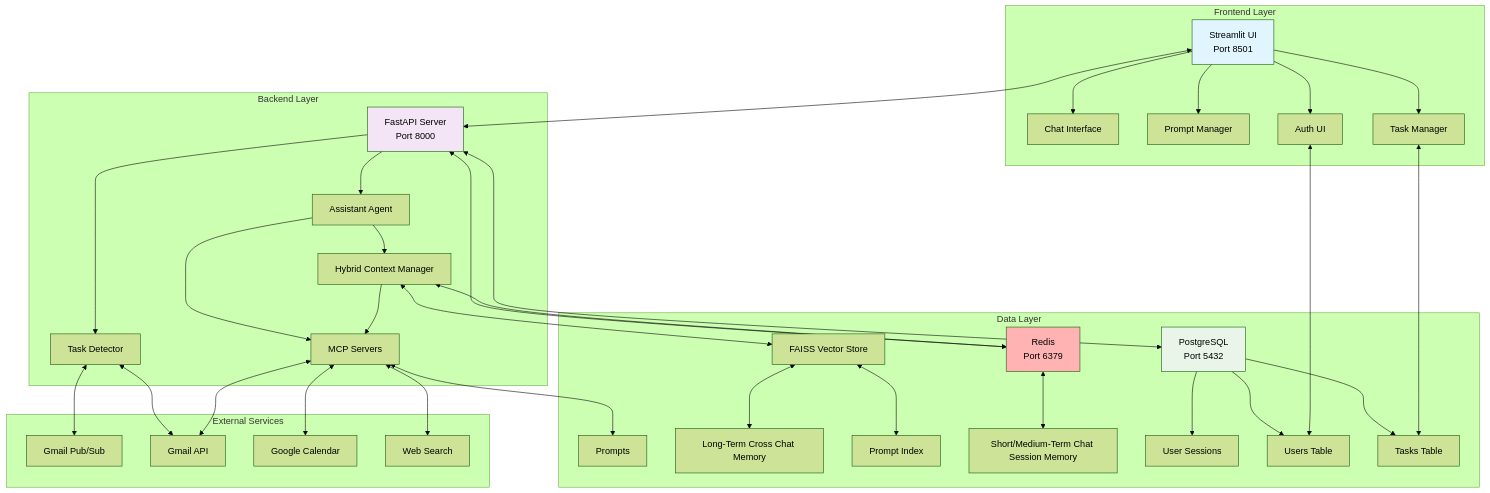
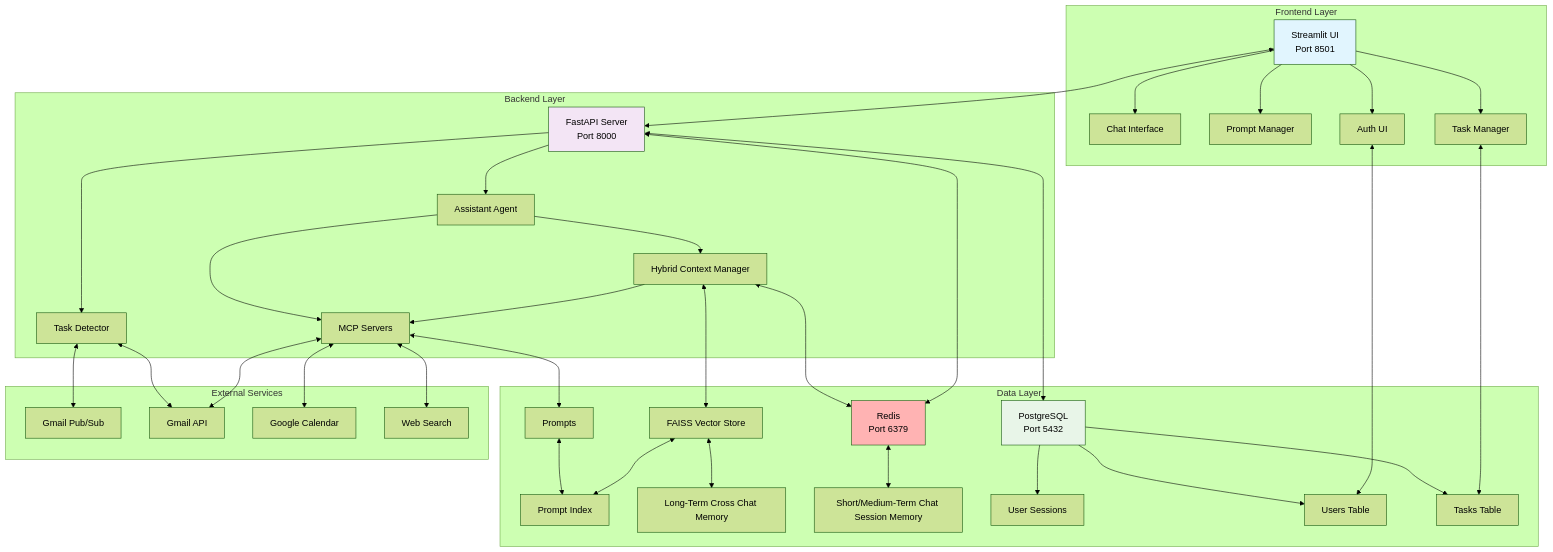
One commit to ThibautHurson/AssistantToTheRegionalManager changed the first of 7 diagrams in README.md. Above: the diagram before and after it, drawn with Mermaid (forest theme).

Commit message:
System Overview final

```diff
--- a/README.md
+++ b/README.md
@@ -54,13 +54,14 @@
     end
     
     subgraph "Data Layer"
+        Q[Prompts]
         G[PostgreSQL<br/>Port 5432]
         I[FAISS Vector Store]
         H[Redis<br/>Port 6379]
 
-        Q[Prompts]
+        
+        R[Prompt Index]
         O[Long-Term Cross Chat Memory]
-        R[Prompt Index]
         P[Short/Medium-Term Chat Session Memory]
 
         G3[User Sessions]
@@ -85,8 +86,9 @@
     
     %% Backend to Data
     B <--> G
+    
+    E <--> H
     B <--> H
-    E <--> H
     E <--> I
     
     %% External Integrations
@@ -99,8 +101,10 @@
     %% Data Flow
     F <--> Q
     I <--> O
+    Q <--> R
     I <--> R
     H <--> P
+   
     
     style A fill:#e1f5fe
     style B fill:#f3e5f5
```
